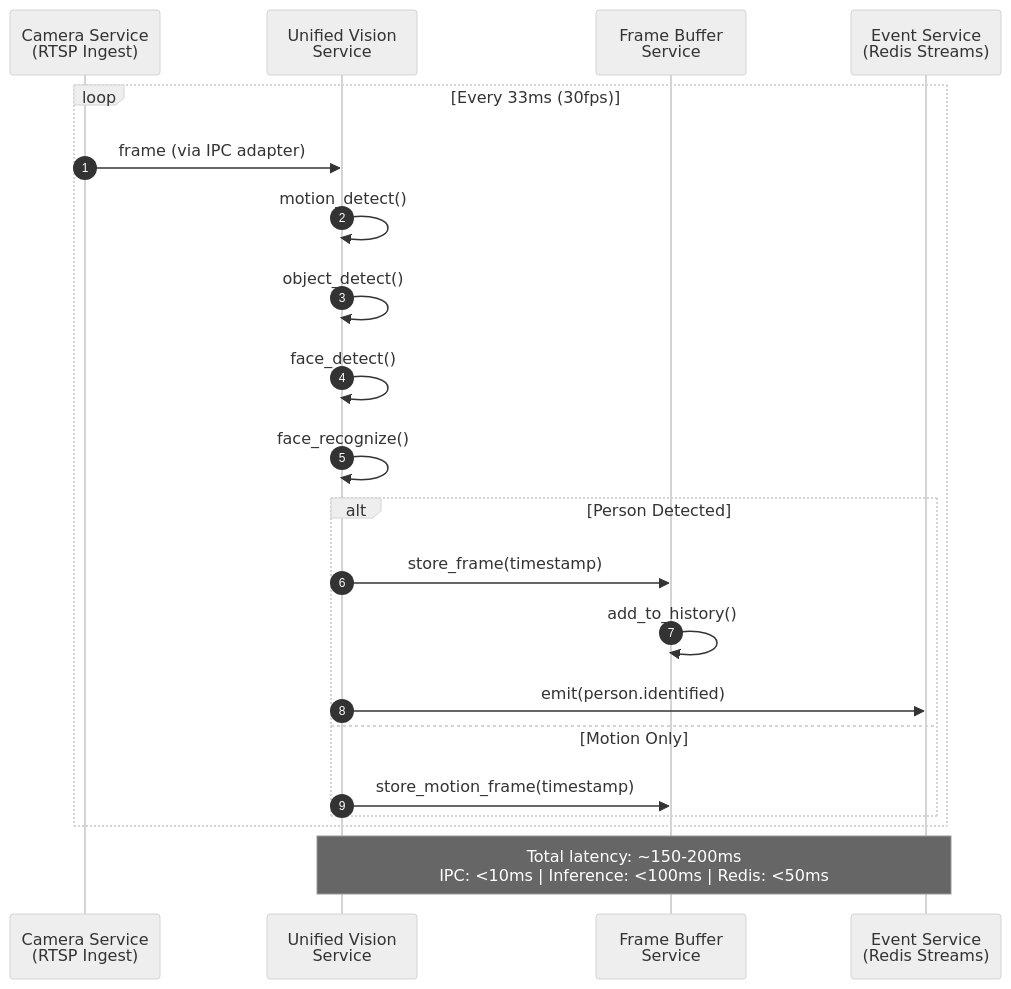
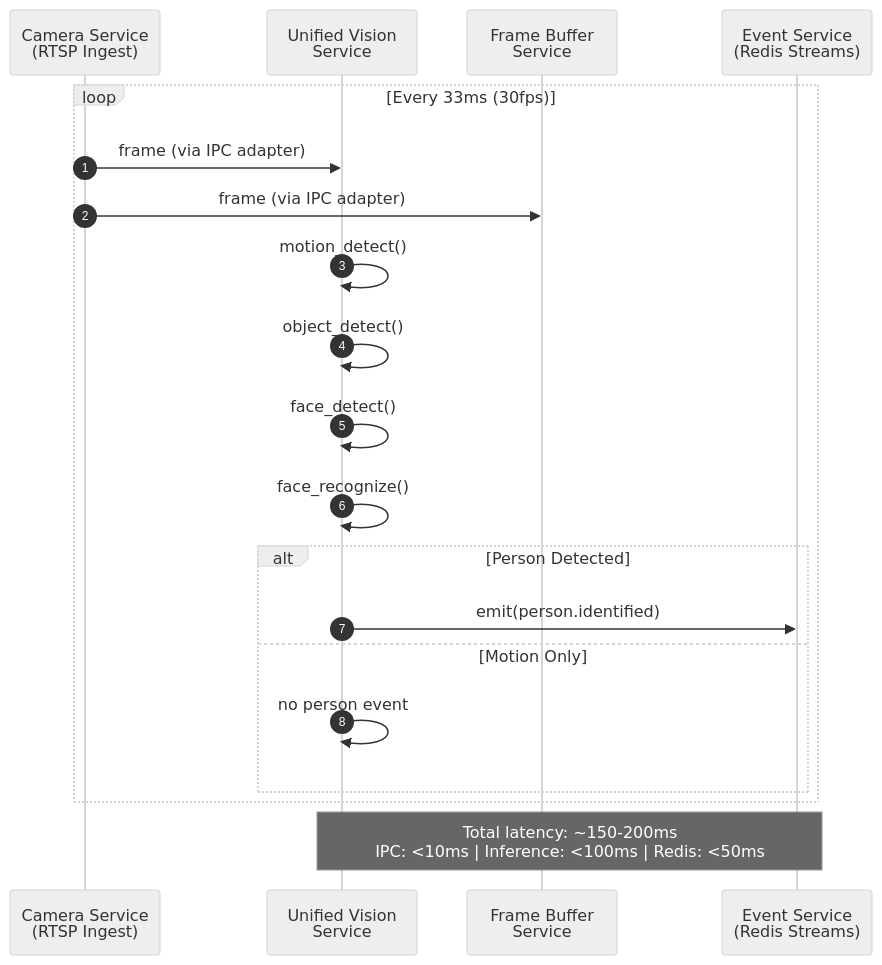
One commit to talifruman/camera-recognition changed the first of 3 diagrams in doc/system.md. Above: the diagram before and after it, drawn with Mermaid (neutral theme). The commit also changed other lines of this file, not shown here.

Commit message:
Update system architecture notes and MVP sequence flow

````diff
--- a/doc/system.md
+++ b/doc/system.md
@@ -211,27 +214,26 @@
 ```mermaid
 sequenceDiagram
 	autonumber
 	participant CameraService as Camera Service<br/>(RTSP Ingest)
 	participant UVService as Unified Vision<br/>Service
 	participant FrameBuffer as Frame Buffer<br/>Service
 	participant EventService as Event Service<br/>(Redis Streams)
 
 	loop Every 33ms (30fps)
 		CameraService->>UVService: frame (via IPC adapter)
+		CameraService->>FrameBuffer: frame (via IPC adapter)
 		
 		UVService->>UVService: motion_detect()
 		UVService->>UVService: object_detect()
 		UVService->>UVService: face_detect()
 		UVService->>UVService: face_recognize()
 		
 		alt Person Detected
-			UVService->>FrameBuffer: store_frame(timestamp)
-			FrameBuffer->>FrameBuffer: add_to_history()
 			UVService->>EventService: emit(person.identified)
 		else Motion Only
-			UVService->>FrameBuffer: store_motion_frame(timestamp)
+			UVService->>UVService: no person event
 		end
 	end
 
 	Note over UVService,EventService: Total latency: ~150-200ms<br/>IPC: <10ms | Inference: <100ms | Redis: <50ms
 ```
````
